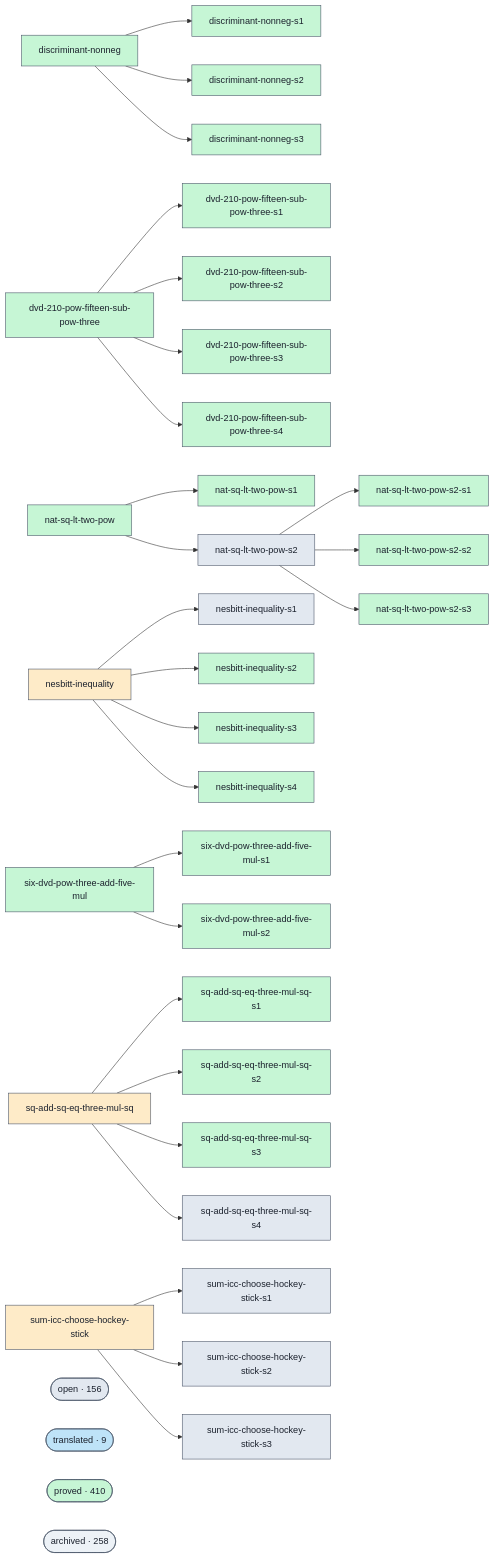
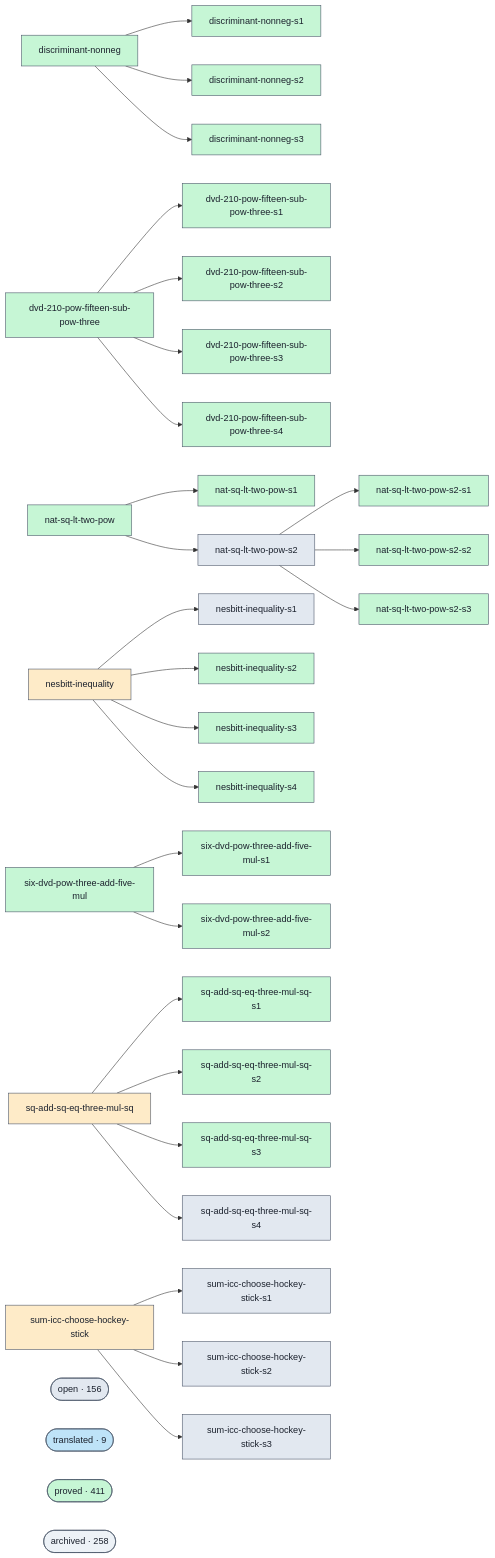
Before and after one commit to ohdearquant/unsorry: the diagram in docs/proofs-contributors-visualisation.md, drawn with Mermaid. The commit also changed other lines of this file and 2 other files, not shown here.

```diff
--- a/docs/proofs-contributors-visualisation.md
+++ b/docs/proofs-contributors-visualisation.md
@@ -147,7 +147,7 @@
   class cluster_open open;
   cluster_translated(["translated · 9"])
   class cluster_translated translated;
-  cluster_proved(["proved · 410"])
+  cluster_proved(["proved · 411"])
   class cluster_proved proved;
   cluster_archived(["archived · 258"])
   class cluster_archived unknown;
```
